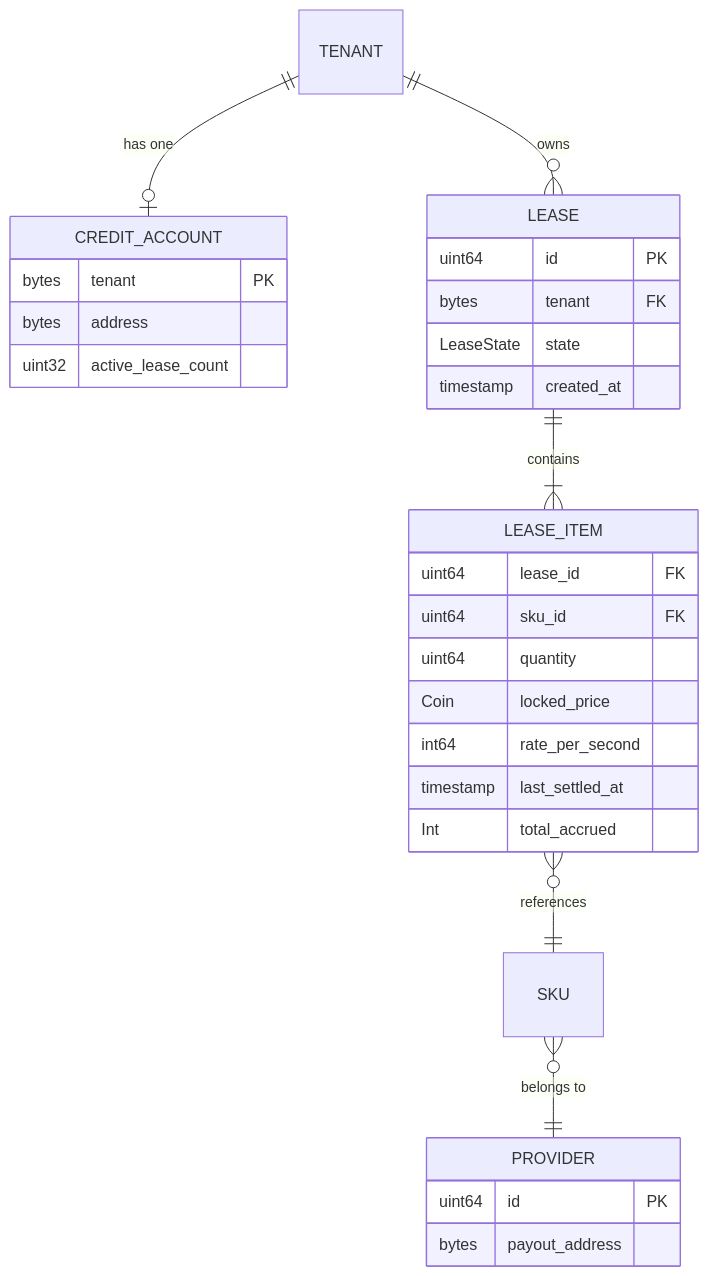
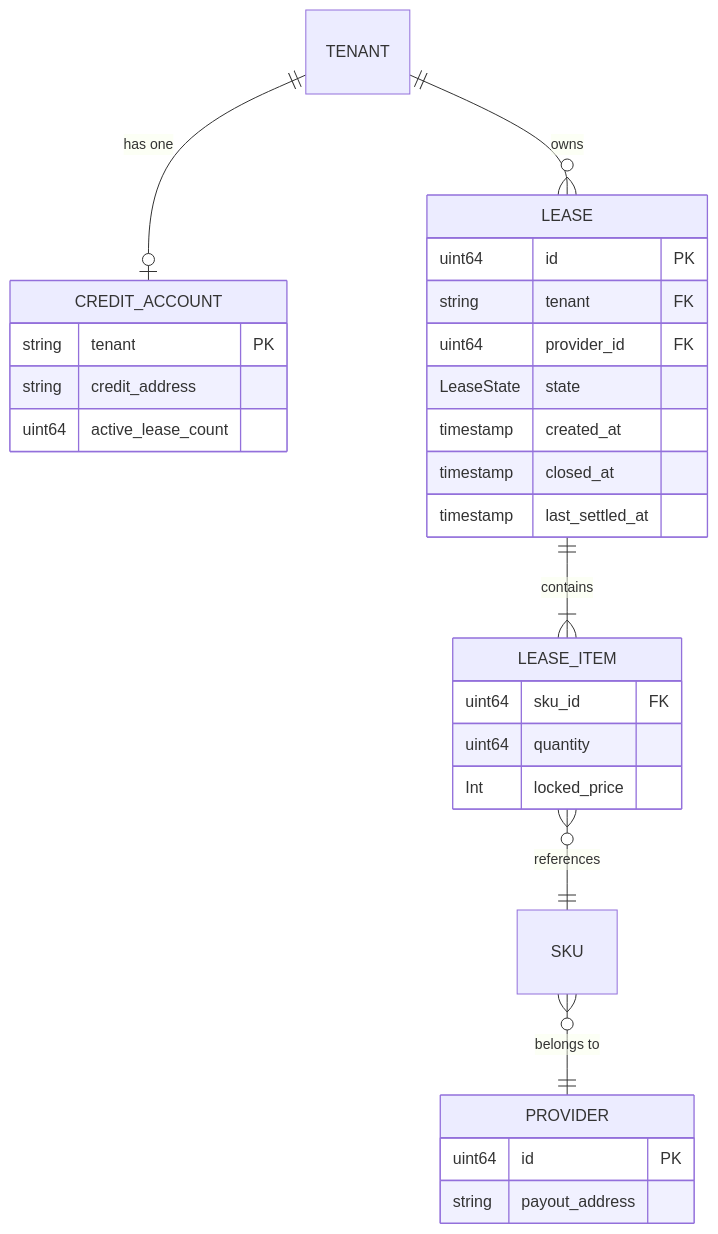
Before and after one commit to manifest-network/manifest-ledger: the second of 10 diagrams in x/billing/docs/ARCHITECTURE.md, drawn with Mermaid. The commit also changed other lines of this file and 9 other files, not shown here.

````diff
--- a/x/billing/docs/ARCHITECTURE.md
+++ b/x/billing/docs/ARCHITECTURE.md
@@ -35,36 +35,35 @@
 ```mermaid
 erDiagram
     TENANT ||--o| CREDIT_ACCOUNT : "has one"
     TENANT ||--o{ LEASE : "owns"
     LEASE ||--|{ LEASE_ITEM : "contains"
     LEASE_ITEM }o--|| SKU : "references"
     SKU }o--|| PROVIDER : "belongs to"
     
     CREDIT_ACCOUNT {
-        bytes tenant PK
-        bytes address
-        uint32 active_lease_count
+        string tenant PK
+        string credit_address
+        uint64 active_lease_count
     }
     
     LEASE {
         uint64 id PK
-        bytes tenant FK
+        string tenant FK
+        uint64 provider_id FK
         LeaseState state
         timestamp created_at
+        timestamp closed_at
+        timestamp last_settled_at
     }
     
     LEASE_ITEM {
-        uint64 lease_id FK
         uint64 sku_id FK
         uint64 quantity
-        Coin locked_price
-        int64 rate_per_second
-        timestamp last_settled_at
-        Int total_accrued
+        Int locked_price
     }
     
     PROVIDER {
         uint64 id PK
-        bytes payout_address
+        string payout_address
     }
 ```
````
